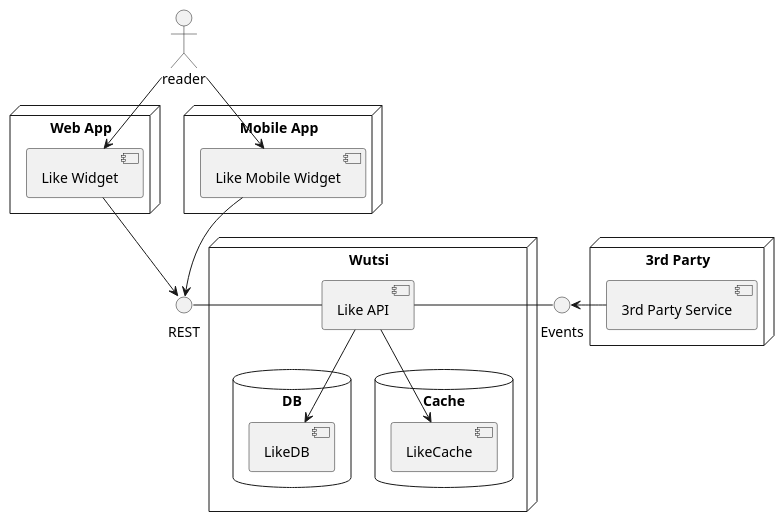
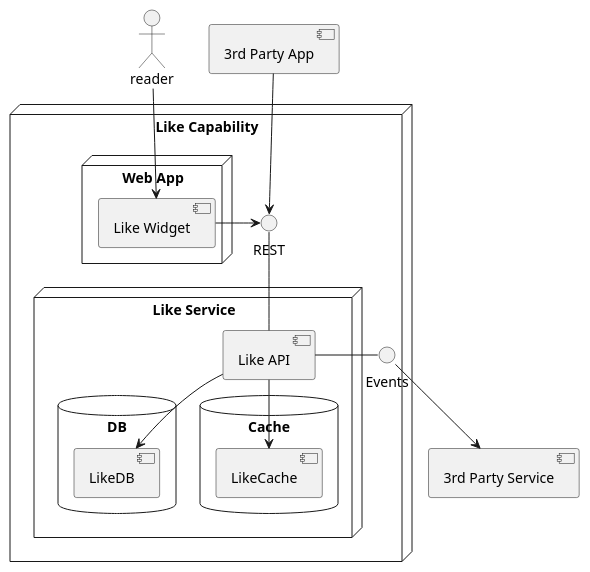
One commit to wutsi/wutsi-domain changed the diagram in doc/capabilities/like/architecture.plantuml. Above: the diagram before and after it, drawn with PlantUML.

```diff
--- a/doc/capabilities/like/architecture.plantuml
+++ b/doc/capabilities/like/architecture.plantuml
@@ -1,40 +1,35 @@
 @startuml
 Actor reader
-() REST
-() Events
 
 
-node "Web App" {
+node "Like Capability" {
+ () REST
+ () Events
+
+ node "Web App" {
   [Like Widget]
   reader --> [Like Widget]
+ }
+
+ 
+ node "Like Service" {
+  [Like Widget] -> REST
+  REST -- [Like API]
+  [Like API] - Events
+
+  database "DB"{
+   [LikeDB]
+   [Like API] --> [LikeDB]
+  }
+
+  database "Cache"{
+   [LikeCache]
+   [Like API] --> [LikeCache]
+  }
+ }
+
 }
 
-node "Mobile App" {
-  [Like Mobile Widget]
-  reader --> [Like Mobile Widget]
-}
-
-
-
-node "Wutsi" {
- [Like Widget] --> REST
- [Like Mobile Widget] --> REST
- REST - [Like API]
- [Like API] - Events
-
- database "DB"{
-   [LikeDB]
-   [Like API] --> [LikeDB]
- }
-
- database "Cache"{
-   [LikeCache]
-   [Like API] --> [LikeCache]
- }
-}
-
-node "3rd Party" {
-  [3rd Party Service]
-  [3rd Party Service] -> Events
-}
+Events --> [3rd Party Service]
+[3rd Party App] --> REST
 @enduml
```
